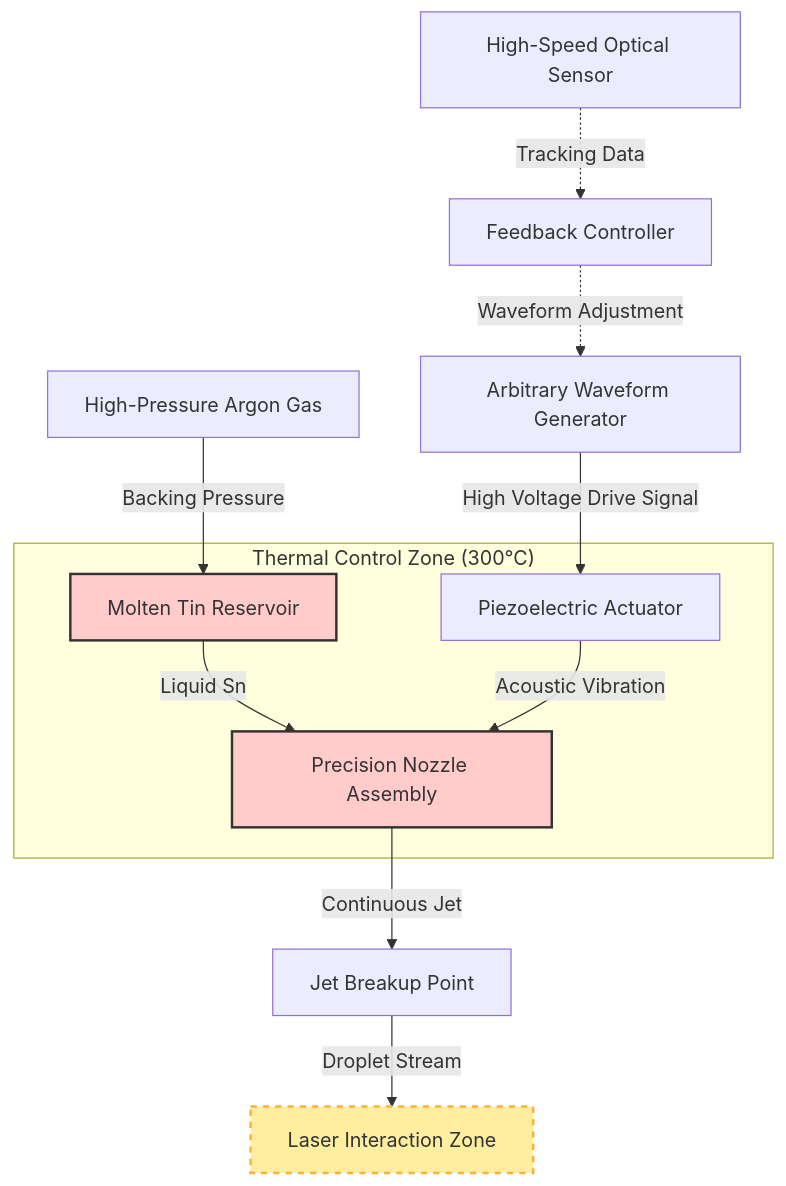
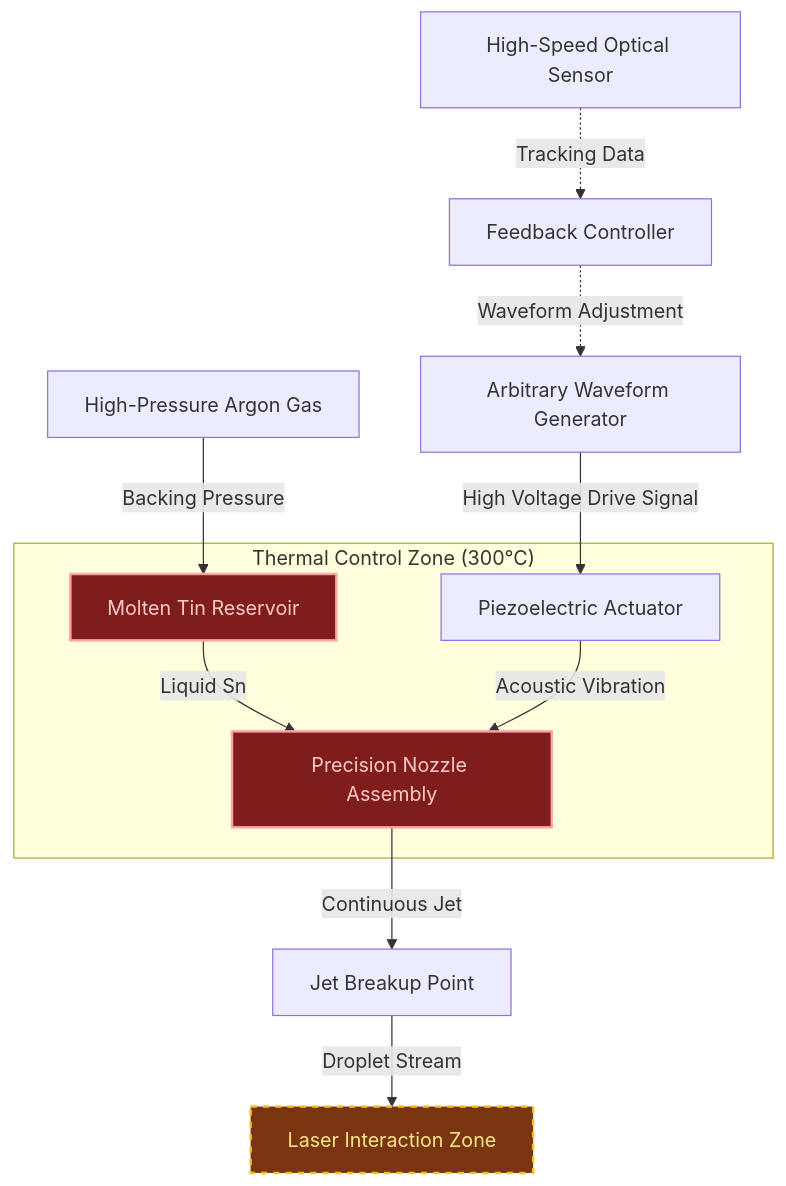
Before and after one commit to XavierGeerinck/paperlens.io: the diagram in src/content/ideas/asml-tin-droplets.mdx, drawn with Mermaid. The commit also changed 1 other file, not shown here.

Commit message:
wip: fix contrasts

````diff
--- a/src/content/ideas/asml-tin-droplets.mdx
+++ b/src/content/ideas/asml-tin-droplets.mdx
@@ -82,21 +82,21 @@
 ```mermaid
 graph TD
     subgraph "Thermal Control Zone (300°C)"
         Reservoir[Molten Tin Reservoir] -->|Liquid Sn| NozzleAssy[Precision Nozzle Assembly]
         PZT[Piezoelectric Actuator] -->|Acoustic Vibration| NozzleAssy
     end
 
     Argon[High-Pressure Argon Gas] -->|Backing Pressure| Reservoir
 
     NozzleAssy -->|Continuous Jet| JetBreakup[Jet Breakup Point]
     JetBreakup -->|Droplet Stream| LaserTarget[Laser Interaction Zone]
     
     Sensor[High-Speed Optical Sensor] -.->|Tracking Data| Controller[Feedback Controller]
     Controller -.->|Waveform Adjustment| WaveGen[Arbitrary Waveform Generator]
     WaveGen -->|High Voltage Drive Signal| PZT
 
-    style Reservoir fill:#ffcccb,stroke:#333,stroke-width:2px
-    style NozzleAssy fill:#ffcccb,stroke:#333,stroke-width:2px
-    style LaserTarget fill:#ffeda0,stroke:#fbb03b,stroke-width:2px,stroke-dasharray: 5 5
+    style Reservoir fill:#7f1d1d,stroke:#fca5a5,stroke-width:2px,color:#fecaca
+    style NozzleAssy fill:#7f1d1d,stroke:#fca5a5,stroke-width:2px,color:#fecaca
+    style LaserTarget fill:#78350f,stroke:#fbbf24,stroke-width:2px,stroke-dasharray: 5 5,color:#fde68a
 
 ```
````
